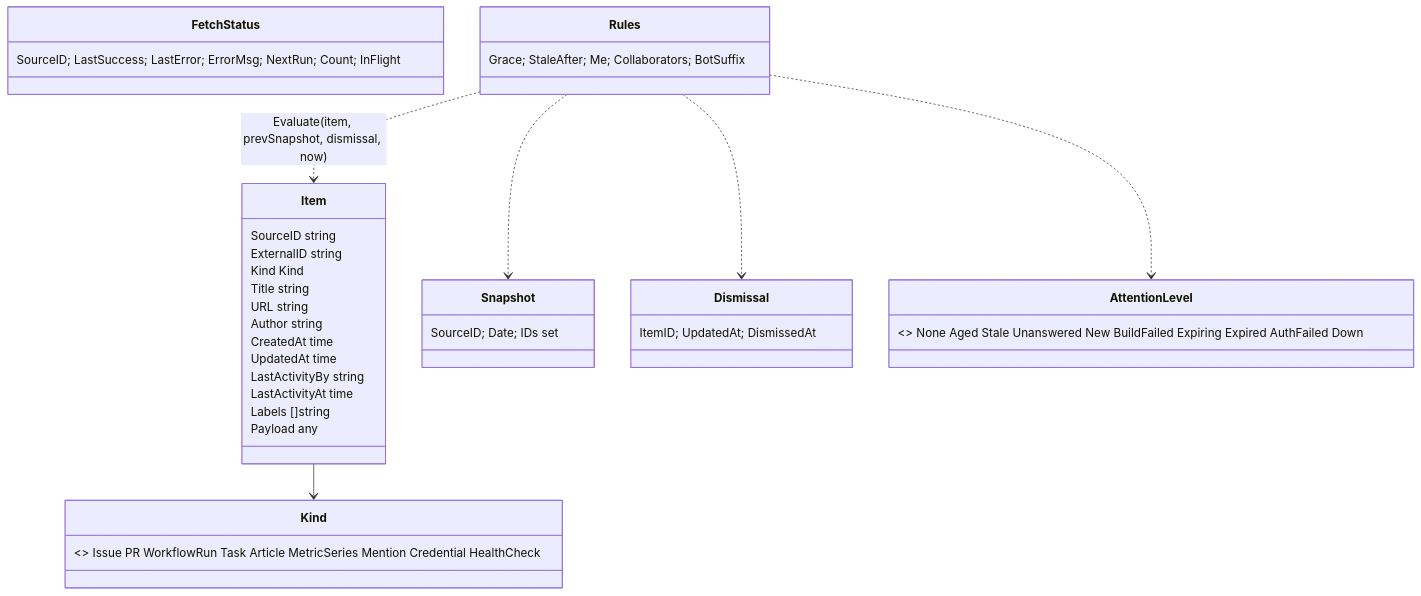
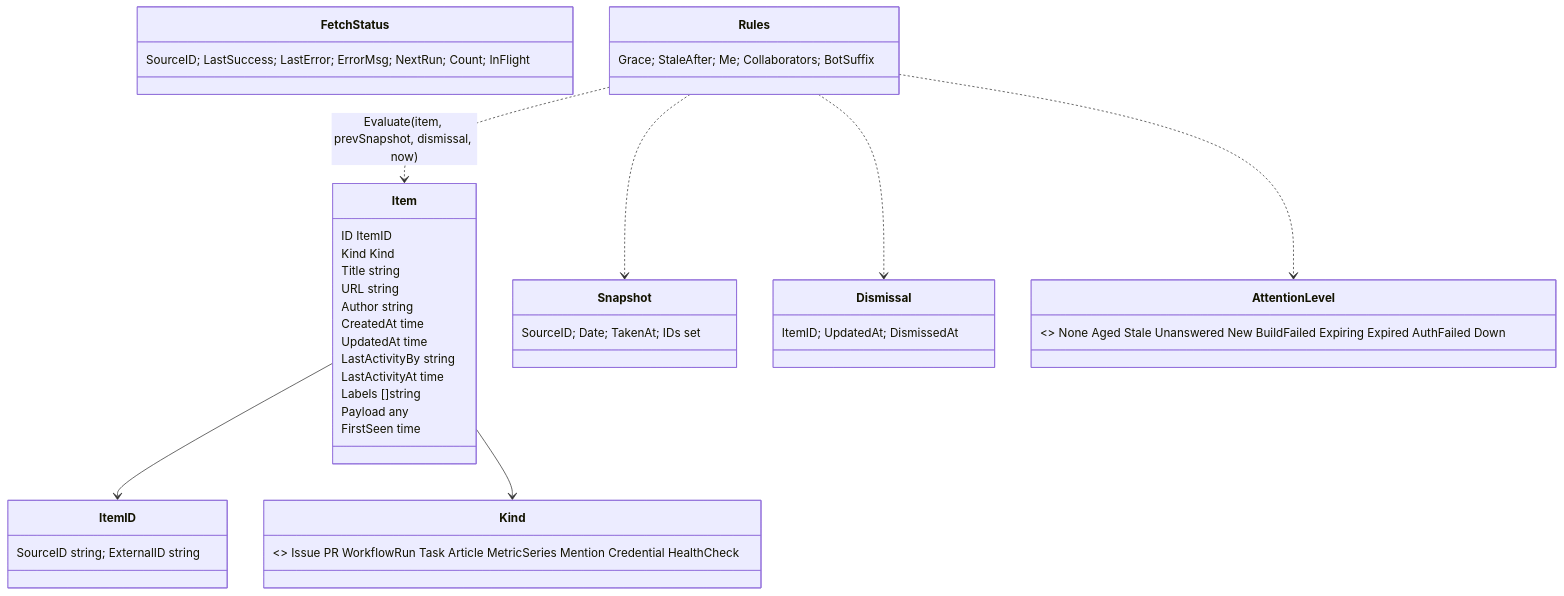
The diagram in docs/architecture/08-crosscutting-concepts.md (gernotstarke/zorgscope), drawn with Mermaid before and after one commit. The commit also changed other lines of this file and 1 other file, not shown here.

First paragraph of the commit message:
docs(arch): reconcile arc42 ch5/ch8 domain model with the implemented types
Tasks 2 and 3 landed internal/domain (item.go, snapshot.go, dismissal.go,
buckets.go) with a shape that had drifted from arc42 ch.5/ch.8. The code is
authoritative; these docs were stale. Corrections:

````diff
--- a/docs/architecture/08-crosscutting-concepts.md
+++ b/docs/architecture/08-crosscutting-concepts.md
@@ -5,28 +5,30 @@
 ```mermaid
 classDiagram
     class Item {
-      SourceID string
-      ExternalID string
+      ID ItemID
       Kind Kind
       Title string
       URL string
       Author string
       CreatedAt time
       UpdatedAt time
       LastActivityBy string
       LastActivityAt time
       Labels []string
       Payload any
+      FirstSeen time
     }
+    class ItemID { SourceID string; ExternalID string }
     class Kind { <<enum>> Issue PR WorkflowRun Task Article MetricSeries Mention Credential HealthCheck }
-    class Snapshot { SourceID; Date; IDs set }
+    class Snapshot { SourceID; Date; TakenAt; IDs set }
     class Dismissal { ItemID; UpdatedAt; DismissedAt }
     class FetchStatus { SourceID; LastSuccess; LastError; ErrorMsg; NextRun; Count; InFlight }
     class Rules { Grace; StaleAfter; Me; Collaborators; BotSuffix }
     class AttentionLevel { <<enum>> None Aged Stale Unanswered New BuildFailed Expiring Expired AuthFailed Down }
+    Item --> ItemID
     Item --> Kind
     Rules ..> Item : Evaluate(item, prevSnapshot, dismissal, now)
     Rules ..> Snapshot
     Rules ..> Dismissal
     Rules ..> AttentionLevel
 ```
````
